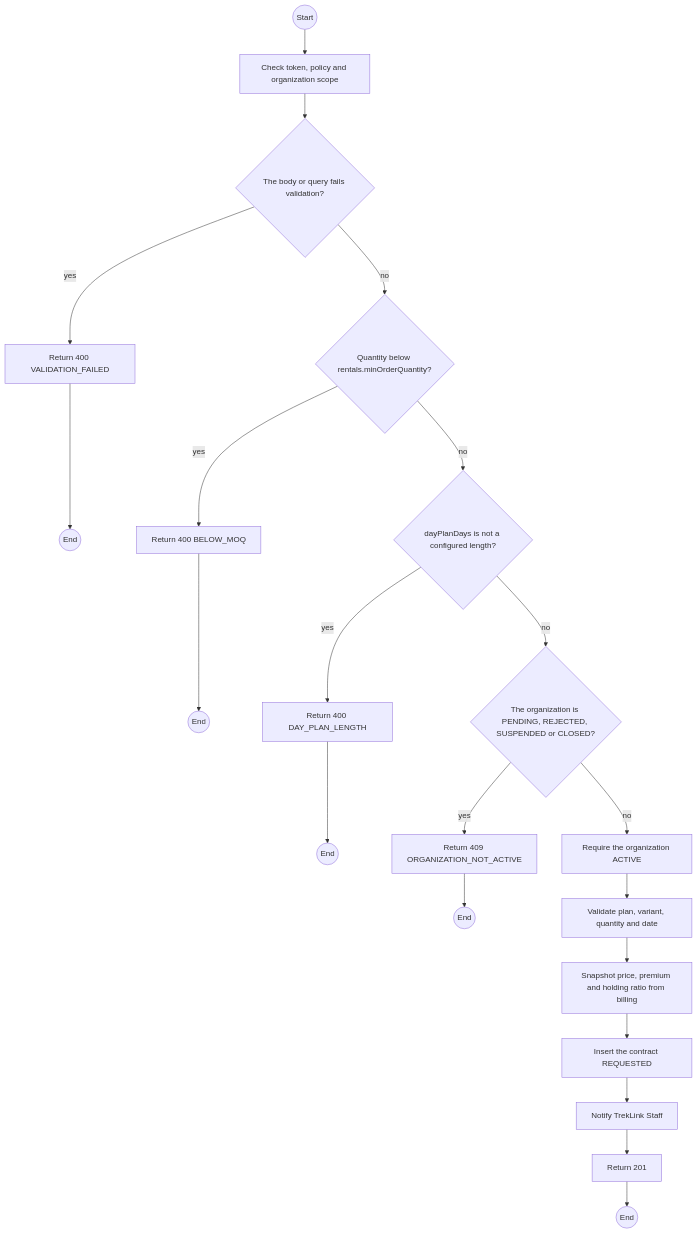
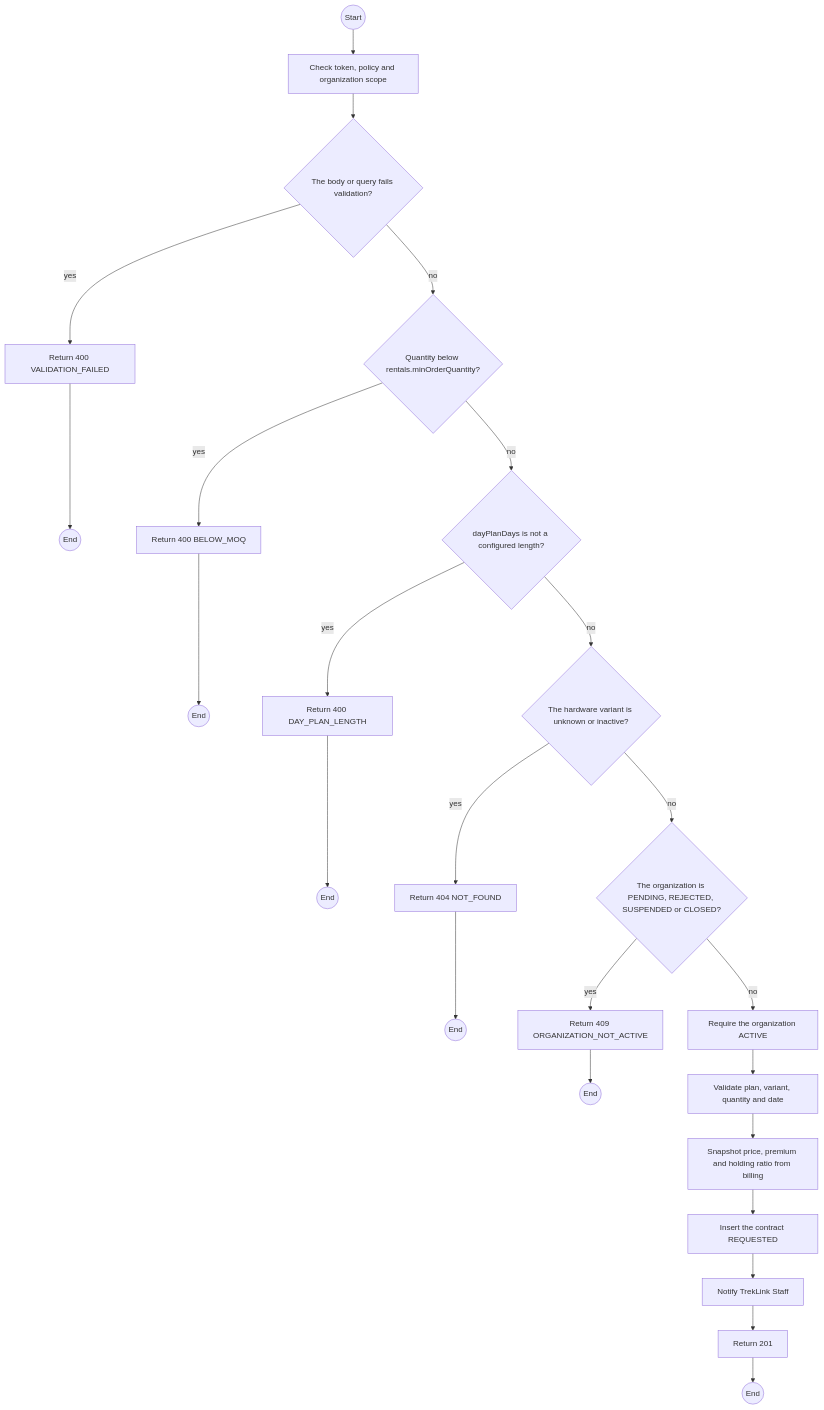
Before and after one commit to TrekLink-Team/treklink-web: the first of 2 diagrams in specs/rentals/api-design/01-post-contracts.md, drawn with Mermaid. The commit also changed other lines of this file and 5 other files, not shown here.

````diff
--- a/specs/rentals/api-design/01-post-contracts.md
+++ b/specs/rentals/api-design/01-post-contracts.md
@@ -195,39 +212,44 @@
 ```mermaid
 flowchart TB
     S((Start))
     A0["Check token, policy and organization scope"]
     S --> A0
     D1{"The body or query fails validation?"}
     A0 --> D1
     E1["Return 400 VALIDATION_FAILED"]
     D1 -->|yes| E1
     E1 --> X1((End))
     D2{"Quantity below rentals.minOrderQuantity?"}
     D1 -->|no| D2
     E2["Return 400 BELOW_MOQ"]
     D2 -->|yes| E2
     E2 --> X2((End))
     D3{"dayPlanDays is not a configured length?"}
     D2 -->|no| D3
     E3["Return 400 DAY_PLAN_LENGTH"]
     D3 -->|yes| E3
     E3 --> X3((End))
-    D4{"The organization is PENDING, REJECTED, SUSPENDED or CLOSED?"}
+    D4{"The hardware variant is unknown or inactive?"}
     D3 -->|no| D4
-    E4["Return 409 ORGANIZATION_NOT_ACTIVE"]
+    E4["Return 404 NOT_FOUND"]
     D4 -->|yes| E4
     E4 --> X4((End))
+    D5{"The organization is PENDING, REJECTED, SUSPENDED or CLOSED?"}
+    D4 -->|no| D5
+    E5["Return 409 ORGANIZATION_NOT_ACTIVE"]
+    D5 -->|yes| E5
+    E5 --> X5((End))
     P0["Require the organization ACTIVE"]
-    D4 -->|no| P0
+    D5 -->|no| P0
     P1["Validate plan, variant, quantity and date"]
     P0 --> P1
     P2["Snapshot price, premium and holding ratio from billing"]
     P1 --> P2
     P3["Insert the contract REQUESTED"]
     P2 --> P3
     P4["Notify TrekLink Staff"]
     P3 --> P4
     OK["Return 201"]
     P4 --> OK
     OK --> Z((End))
 ```
````
